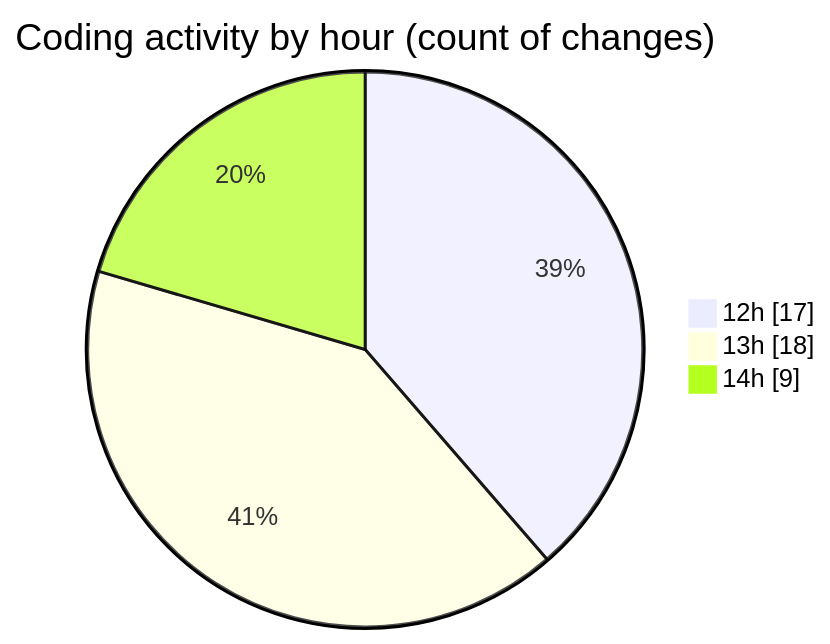
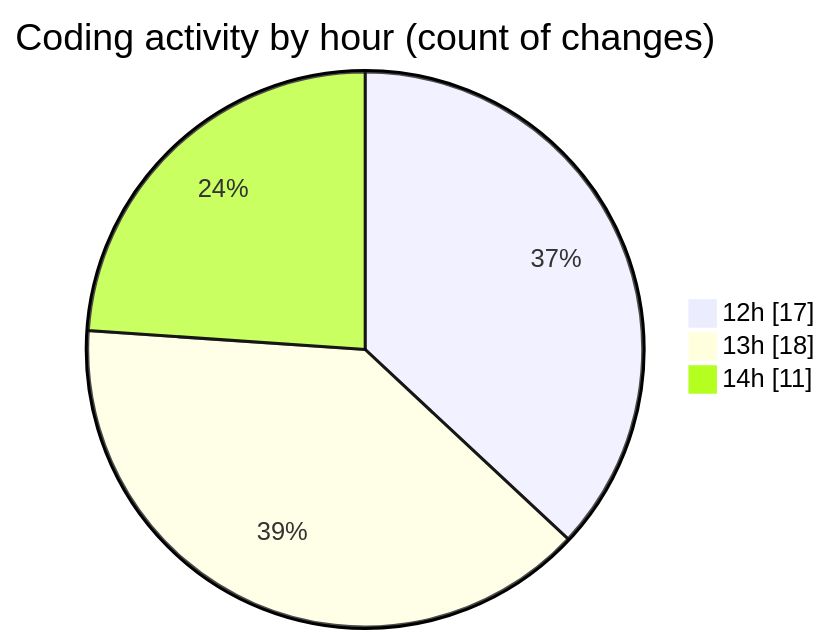
The second of 2 diagrams in 2025-06-01/video_app/README.md (CELIANVF/code-tracking), drawn with Mermaid before and after one commit. The commit also changed other lines of this file and 1 other file, not shown here.

````diff
--- a/2025-06-01/video_app/README.md
+++ b/2025-06-01/video_app/README.md
@@ -38,7 +38,7 @@
 ```mermaid
 pie showData
 title Coding activity by hour (count of changes)
 "12h" : 17
 "13h" : 18
-"14h" : 9
+"14h" : 11
 ```
````
